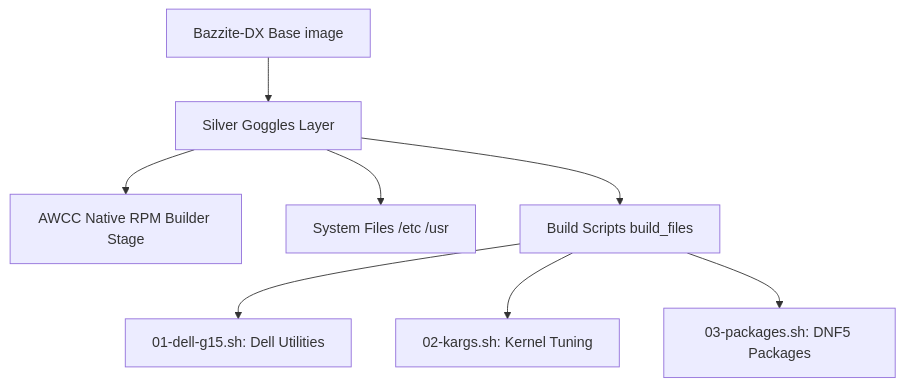
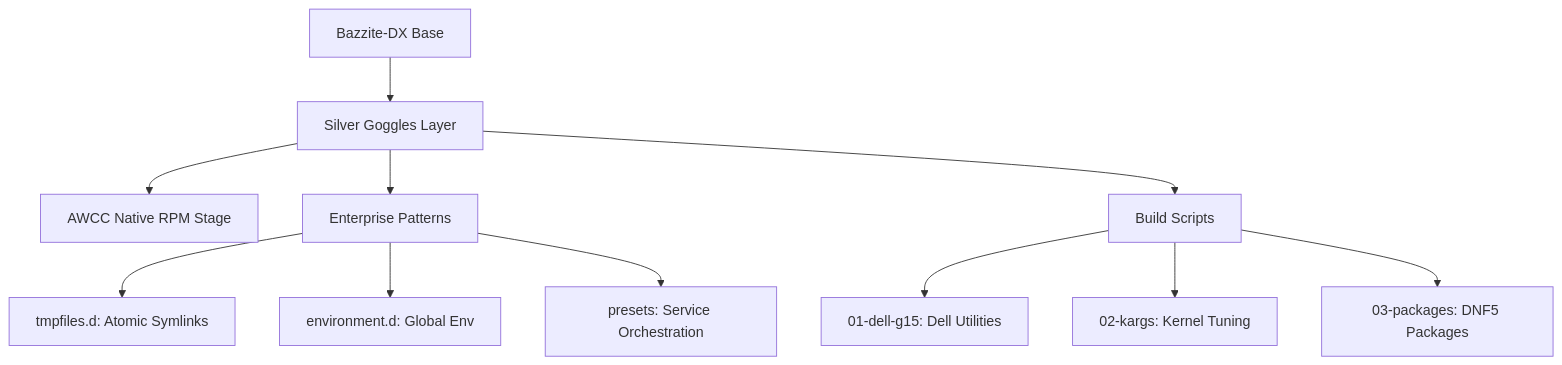
The diagram in README.md (nklowns/bazzite-dx-silver-goggles), drawn with Mermaid before and after one commit. The commit also changed other lines of this file and 8 other files, not shown here.

Commit message:
feat: Implement declarative system configuration patterns using environment.d, tmpfiles.d, and systemd presets, including service masking and Chrome flags, and update documentation.

````diff
--- a/README.md
+++ b/README.md
@@ -22,10 +23,13 @@
 ```mermaid
 graph TD
-    A[Bazzite-DX Base image] --> B[Silver Goggles Layer]
-    B --> C[AWCC Native RPM Builder Stage]
-    B --> D[System Files /etc /usr]
-    B --> E[Build Scripts build_files]
-    E --> F[01-dell-g15.sh: Dell Utilities]
-    E --> G[02-kargs.sh: Kernel Tuning]
-    E --> H[03-packages.sh: DNF5 Packages]
+    A[Bazzite-DX Base] --> B[Silver Goggles Layer]
+    B --> C[AWCC Native RPM Stage]
+    B --> D[Enterprise Patterns]
+    D --> D1[tmpfiles.d: Atomic Symlinks]
+    D --> D2[environment.d: Global Env]
+    D --> D3[presets: Service Orchestration]
+    B --> E[Build Scripts]
+    E --> F[01-dell-g15: Dell Utilities]
+    E --> G[02-kargs: Kernel Tuning]
+    E --> H[03-packages: DNF5 Packages]
 ```
````
